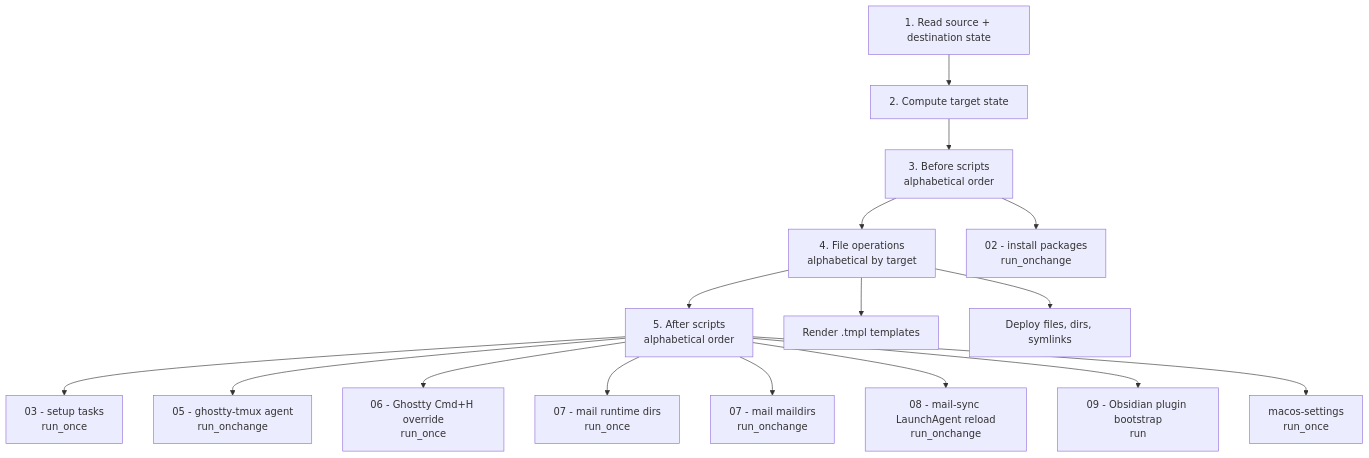
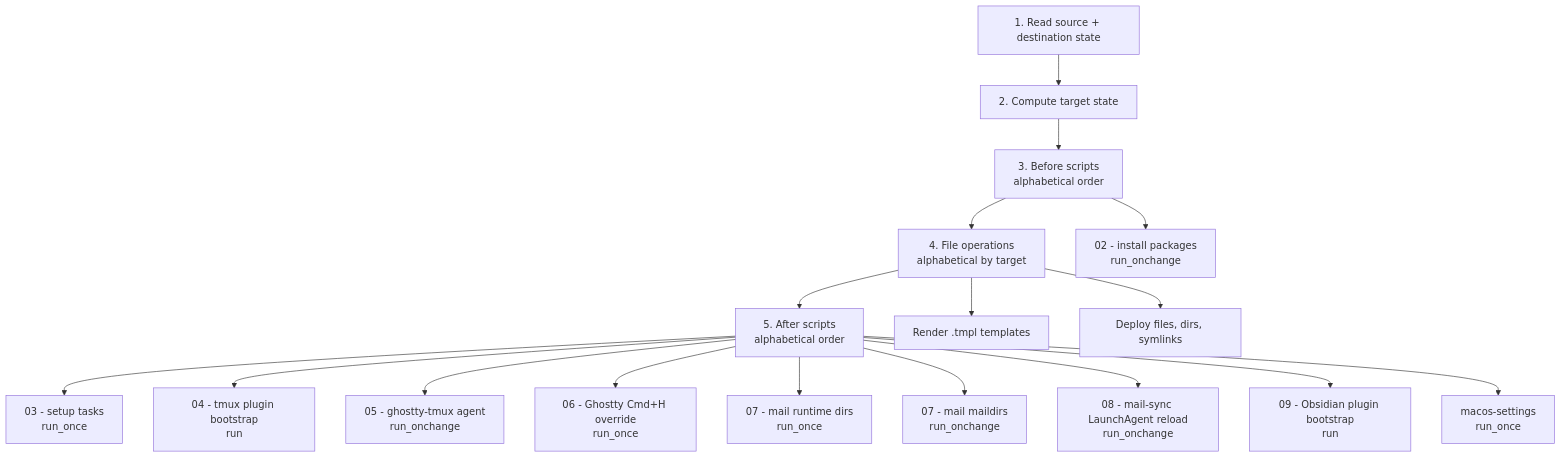
Before and after one commit to Rantaplanb/dotfiles: the diagram in docs/architecture/chezmoi-lifecycle.md, drawn with Mermaid. The commit also changed other lines of this file and 18 other files, not shown here.

````diff
--- a/docs/architecture/chezmoi-lifecycle.md
+++ b/docs/architecture/chezmoi-lifecycle.md
@@ -8,21 +8,22 @@
 ```mermaid
 flowchart TD
   A[1. Read source + destination state] --> B[2. Compute target state]
   B --> C[3. Before scripts<br/>alphabetical order]
   C --> D[4. File operations<br/>alphabetical by target]
   D --> E[5. After scripts<br/>alphabetical order]
 
   C --> C1[02 - install packages<br/>run_onchange]
 
   D --> D1[Render .tmpl templates]
   D --> D2[Deploy files, dirs, symlinks]
 
   E --> E1[03 - setup tasks<br/>run_once]
-  E --> E2[05 - ghostty-tmux agent<br/>run_onchange]
-  E --> E3[06 - Ghostty Cmd+H override<br/>run_once]
-  E --> E4[07 - mail runtime dirs<br/>run_once]
-  E --> E5[07 - mail maildirs<br/>run_onchange]
-  E --> E6[08 - mail-sync LaunchAgent reload<br/>run_onchange]
-  E --> E7[09 - Obsidian plugin bootstrap<br/>run]
-  E --> E8[macos-settings<br/>run_once]
+  E --> E2[04 - tmux plugin bootstrap<br/>run]
+  E --> E3[05 - ghostty-tmux agent<br/>run_onchange]
+  E --> E4[06 - Ghostty Cmd+H override<br/>run_once]
+  E --> E5[07 - mail runtime dirs<br/>run_once]
+  E --> E6[07 - mail maildirs<br/>run_onchange]
+  E --> E7[08 - mail-sync LaunchAgent reload<br/>run_onchange]
+  E --> E8[09 - Obsidian plugin bootstrap<br/>run]
+  E --> E9[macos-settings<br/>run_once]
 ```
````
